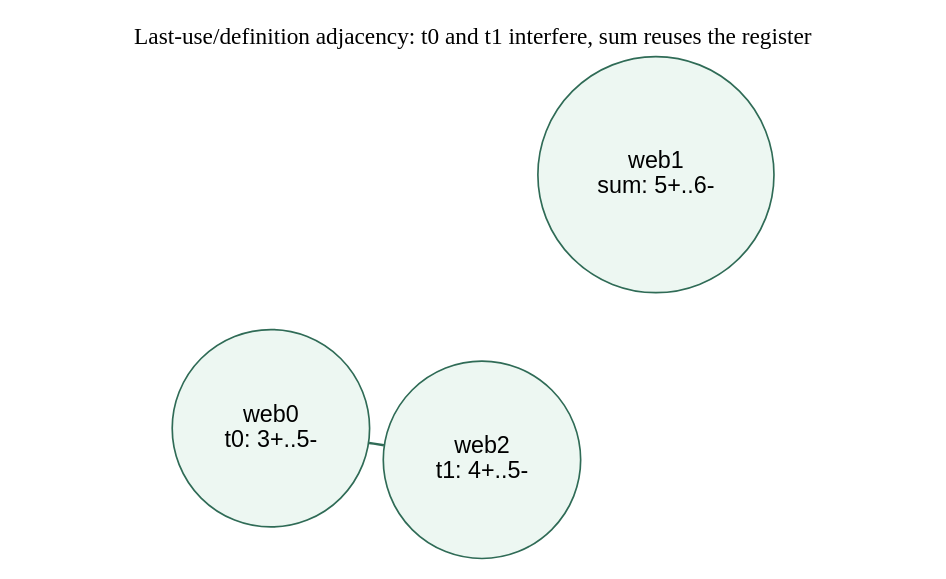
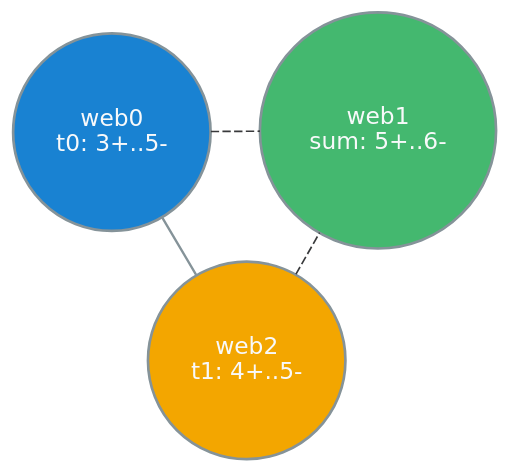
One commit to AlexDTT/CompilerRegisterAllocationProject changed the diagram in dox/example_noninterference_chain.dot. Above: the diagram before and after it, drawn with Graphviz. The commit also changed 88 other files, not shown here.

```diff
--- a/dox/example_noninterference_chain.dot
+++ b/dox/example_noninterference_chain.dot
@@ -1,15 +1,15 @@
 graph noninterference_chain {
     layout=neato;
     overlap=false;
-    node [shape=circle, style=filled, fontname="Helvetica", fillcolor="#edf7f2", color="#2f6b56"];
-    edge [color="#2f6b56", penwidth=1.5];
+    bgcolor="transparent";
+    node [shape=circle, style=filled, fontname="DejaVu Sans", fontcolor="#f8f9fa", color="#859399", penwidth=1.6];
+    edge [color="#859399", penwidth=1.4];
 
-    web0 [label="web0\nt0: 3+..5-"];
-    web1 [label="web1\nsum: 5+..6-"];
-    web2 [label="web2\nt1: 4+..5-"];
+    web0 [label="web0\nt0: 3+..5-", fillcolor="#1982d2"];
+    web1 [label="web1\nsum: 5+..6-", fillcolor="#44b86f"];
+    web2 [label="web2\nt1: 4+..5-", fillcolor="#f3a600"];
 
     web0 -- web2;
-
-    label="Last-use/definition adjacency: t0 and t1 interfere, sum reuses the register";
-    labelloc=t;
+    web0 -- web1 [color="#38393b", style=dashed, penwidth=1.0];
+    web2 -- web1 [color="#38393b", style=dashed, penwidth=1.0];
 }
```
